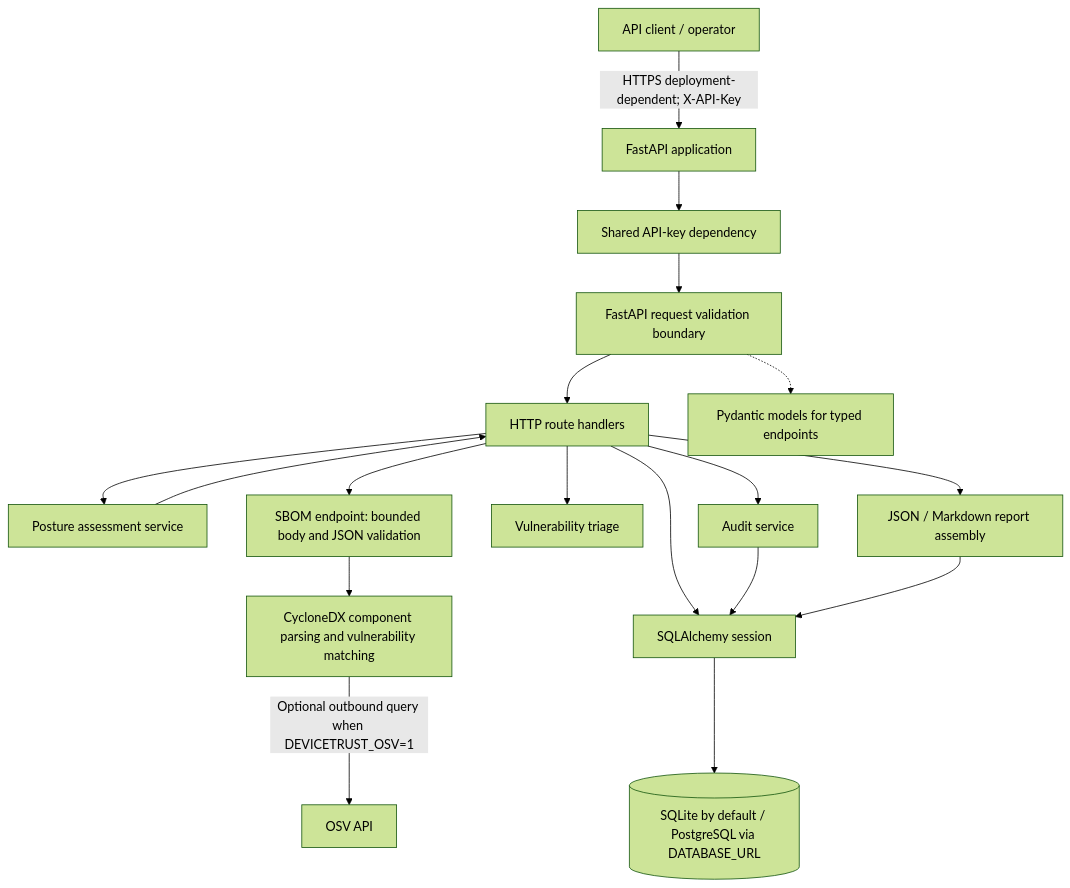
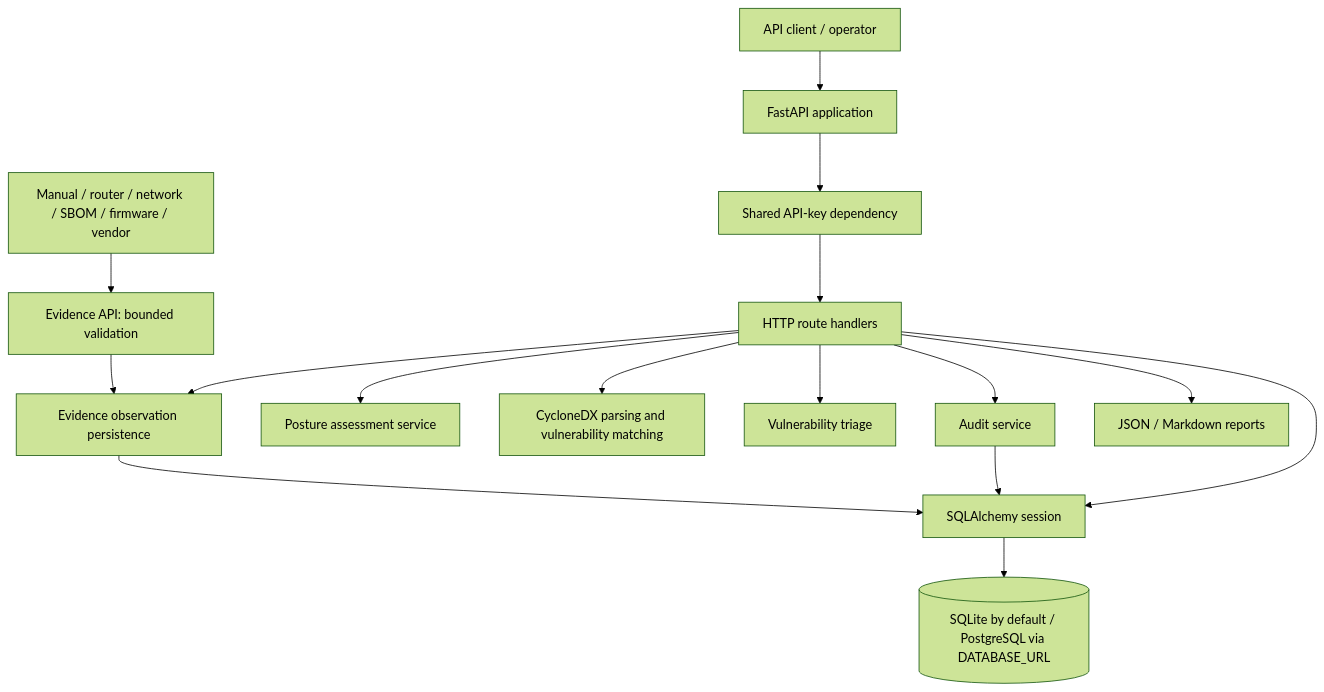
One commit to silvatechf/DeviceTrust changed the first of 2 diagrams in docs/architecture.md. Above: the diagram before and after it, drawn with Mermaid (forest theme). The commit also changed other lines of this file and 28 other files, not shown here.

````diff
--- a/docs/architecture.md
+++ b/docs/architecture.md
@@ -9,20 +9,18 @@
 ```mermaid
 flowchart TB
-    C["API client / operator"] -->|"HTTPS deployment-dependent; X-API-Key"| API["FastAPI application"]
+    SOURCES["Manual / router / network / SBOM / firmware / vendor"] --> INGEST["Evidence API: bounded validation"]
+    C["API client / operator"] --> API["FastAPI application"]
     API --> AUTH["Shared API-key dependency"]
-    AUTH --> VALID["FastAPI request validation boundary"]
-    VALID --> ROUTES["HTTP route handlers"]
-    VALID -.-> SCHEMA["Pydantic models for typed endpoints"]
+    AUTH --> ROUTES["HTTP route handlers"]
+    ROUTES --> EVIDENCE["Evidence observation persistence"]
     ROUTES --> POSTURE["Posture assessment service"]
-    ROUTES --> SBOMVALID["SBOM endpoint: bounded body and JSON validation"]
-    SBOMVALID --> SBOM["CycloneDX component parsing and vulnerability matching"]
+    ROUTES --> SBOM["CycloneDX parsing and vulnerability matching"]
     ROUTES --> TRIAGE["Vulnerability triage"]
     ROUTES --> AUDIT["Audit service"]
-    ROUTES --> REPORT["JSON / Markdown report assembly"]
+    ROUTES --> REPORT["JSON / Markdown reports"]
+    INGEST --> EVIDENCE
     ROUTES --> ORM["SQLAlchemy session"]
-    POSTURE --> ROUTES
-    SBOM -->|"Optional outbound query when DEVICETRUST_OSV=1"| OSV["OSV API"]
     ORM --> DB[("SQLite by default / PostgreSQL via DATABASE_URL")]
+    EVIDENCE --> ORM
     AUDIT --> ORM
-    REPORT --> ORM
 ```
````
